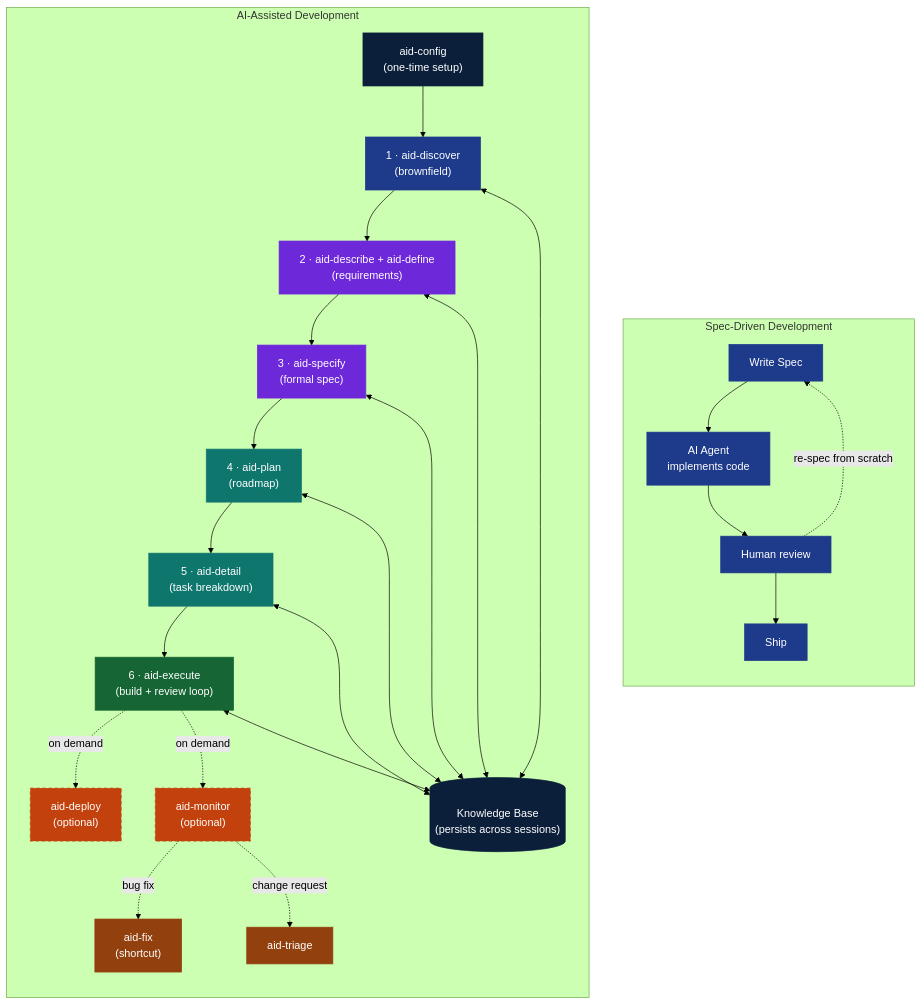
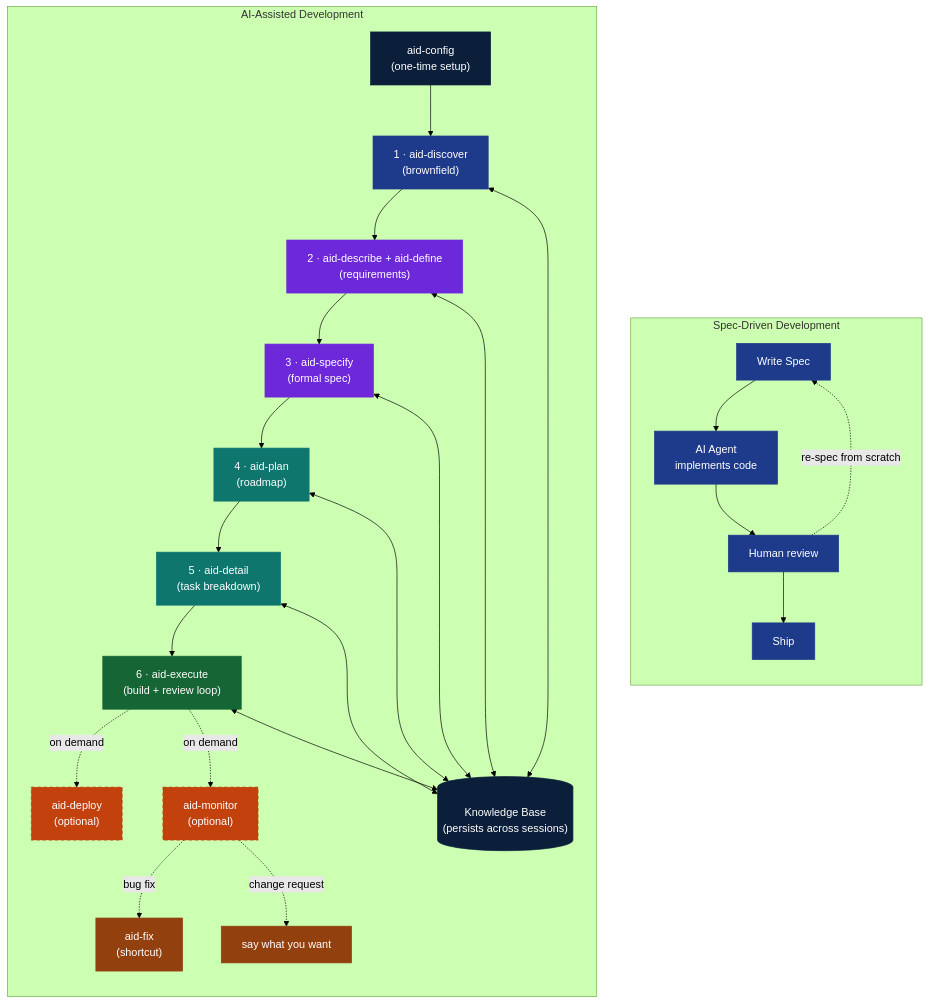
One commit to AndreVianna/aid-methodology changed the seventh of 7 diagrams in docs/aid-methodology.md. Above: the diagram before and after it, drawn with Mermaid (forest theme). The commit also changed other lines of this file and 17 other files, not shown here.

````diff
--- a/docs/aid-methodology.md
+++ b/docs/aid-methodology.md
@@ -1335,50 +1333,50 @@
 ```mermaid
 flowchart TB
     classDef sdd  fill:#1E3A8A,stroke:#1E3A8A,color:#ffffff
     classDef aid_prep  fill:#1E3A8A,stroke:#1E3A8A,color:#ffffff
     classDef aid_def   fill:#6D28D9,stroke:#6D28D9,color:#ffffff
     classDef aid_map   fill:#0F766E,stroke:#0F766E,color:#ffffff
     classDef aid_exe   fill:#166534,stroke:#166534,color:#ffffff
     classDef aid_del   fill:#C2410C,stroke:#C2410C,color:#ffffff,stroke-dasharray:5 4
     classDef kb        fill:#0B1F3A,stroke:#0B1F3A,color:#ffffff
     classDef aid_entry fill:#92400E,stroke:#92400E,color:#ffffff
 
     subgraph SDD["Spec-Driven Development"]
         direction TB
         S1["Write Spec"]:::sdd
         S2["AI Agent<br/>implements code"]:::sdd
         S3["Human review"]:::sdd
         S4["Ship"]:::sdd
         S1 --> S2 --> S3 --> S4
         S3 -. "re-spec from scratch" .-> S1
     end
 
     subgraph AID["AI-Assisted Development"]
         direction TB
         A0["aid-config<br/>(one-time setup)"]:::kb
         A1["1 · aid-discover<br/>(brownfield)"]:::aid_prep
         A2["2 · aid-describe + aid-define<br/>(requirements)"]:::aid_def
         A3["3 · aid-specify<br/>(formal spec)"]:::aid_def
         A4["4 · aid-plan<br/>(roadmap)"]:::aid_map
         A5["5 · aid-detail<br/>(task breakdown)"]:::aid_map
         A6["6 · aid-execute<br/>(build + review loop)"]:::aid_exe
         KB[("Knowledge Base<br/>(persists across sessions)")]:::kb
         Dep["aid-deploy<br/>(optional)"]:::aid_del
         Mon["aid-monitor<br/>(optional)"]:::aid_del
         Fx["aid-fix<br/>(shortcut)"]:::aid_entry
-        Tr["aid-triage"]:::aid_entry
+        Tr["say what you want"]:::aid_entry
 
         A0 --> A1 --> A2 --> A3 --> A4 --> A5 --> A6
         A6 -. "on demand" .-> Dep
         A6 -. "on demand" .-> Mon
         Mon -. "bug fix" .-> Fx
         Mon -. "change request" .-> Tr
 
         A1 <--> KB
         A2 <--> KB
         A3 <--> KB
         A4 <--> KB
         A5 <--> KB
         A6 <--> KB
     end
 ```
````
